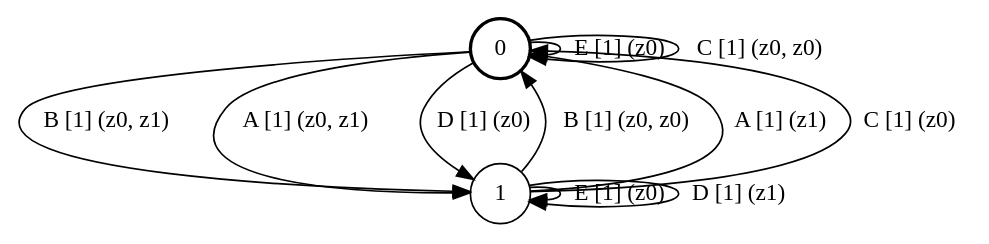
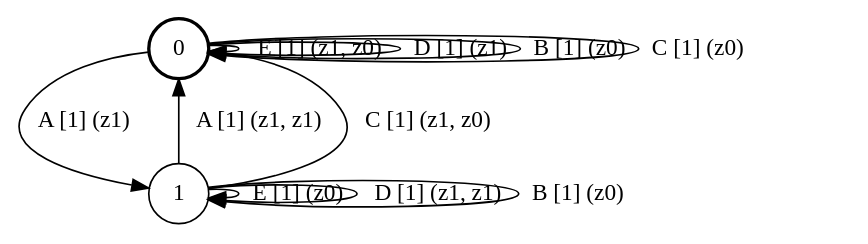
Before and after one commit to ulyantsev/EFSM-tools: the diagram in qbf/testing/fsm_2s5e2a.dot, drawn with Graphviz. The commit also changed 812 other files, not shown here.

```diff
--- a/qbf/testing/fsm_2s5e2a.dot
+++ b/qbf/testing/fsm_2s5e2a.dot
@@ -1,16 +1,16 @@
 # generated file, don't try to modify
 # command: dot -Tpng <filename> > tree.png
 digraph Automaton {
     node [shape = circle];
     0 [style = "bold"];
-    0 -> 1 [label = "B [1] (z0, z1) "];
-    0 -> 0 [label = "E [1] (z0) "];
-    0 -> 1 [label = "A [1] (z0, z1) "];
-    0 -> 1 [label = "D [1] (z0) "];
-    0 -> 0 [label = "C [1] (z0, z0) "];
-    1 -> 0 [label = "B [1] (z0, z0) "];
+    0 -> 0 [label = "E [1] (z1, z0) "];
+    0 -> 0 [label = "D [1] (z1) "];
+    0 -> 1 [label = "A [1] (z1) "];
+    0 -> 0 [label = "B [1] (z0) "];
+    0 -> 0 [label = "C [1] (z0) "];
     1 -> 1 [label = "E [1] (z0) "];
-    1 -> 0 [label = "A [1] (z1) "];
-    1 -> 1 [label = "D [1] (z1) "];
-    1 -> 0 [label = "C [1] (z0) "];
+    1 -> 1 [label = "D [1] (z1, z1) "];
+    1 -> 0 [label = "A [1] (z1, z1) "];
+    1 -> 1 [label = "B [1] (z0) "];
+    1 -> 0 [label = "C [1] (z1, z0) "];
 }
```
